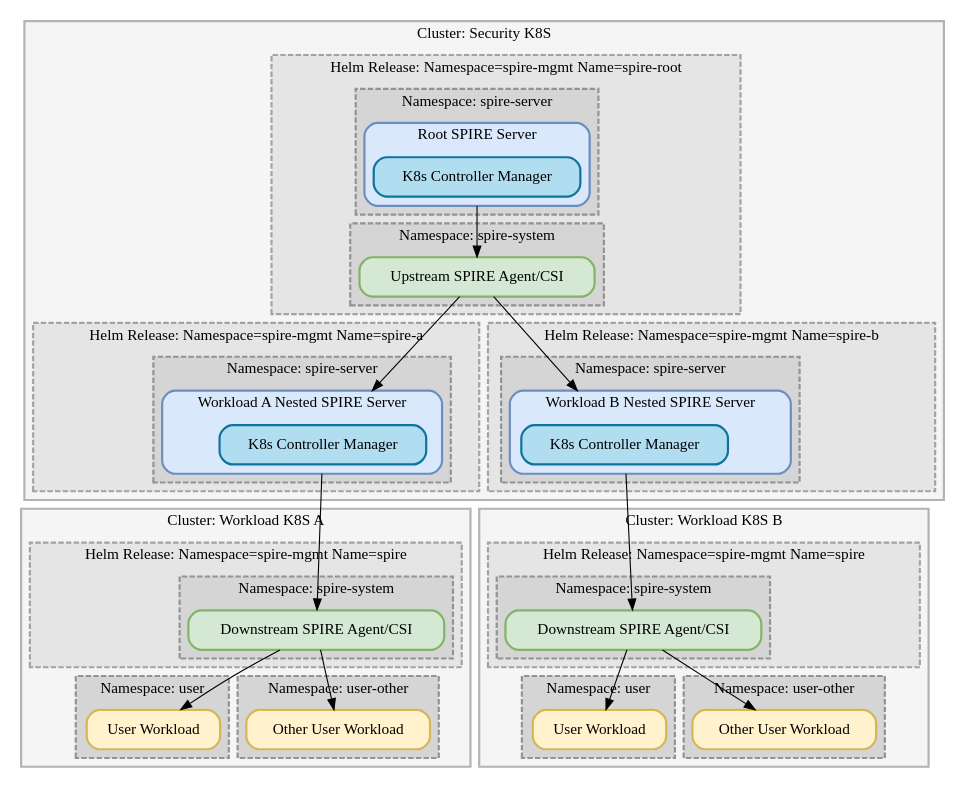
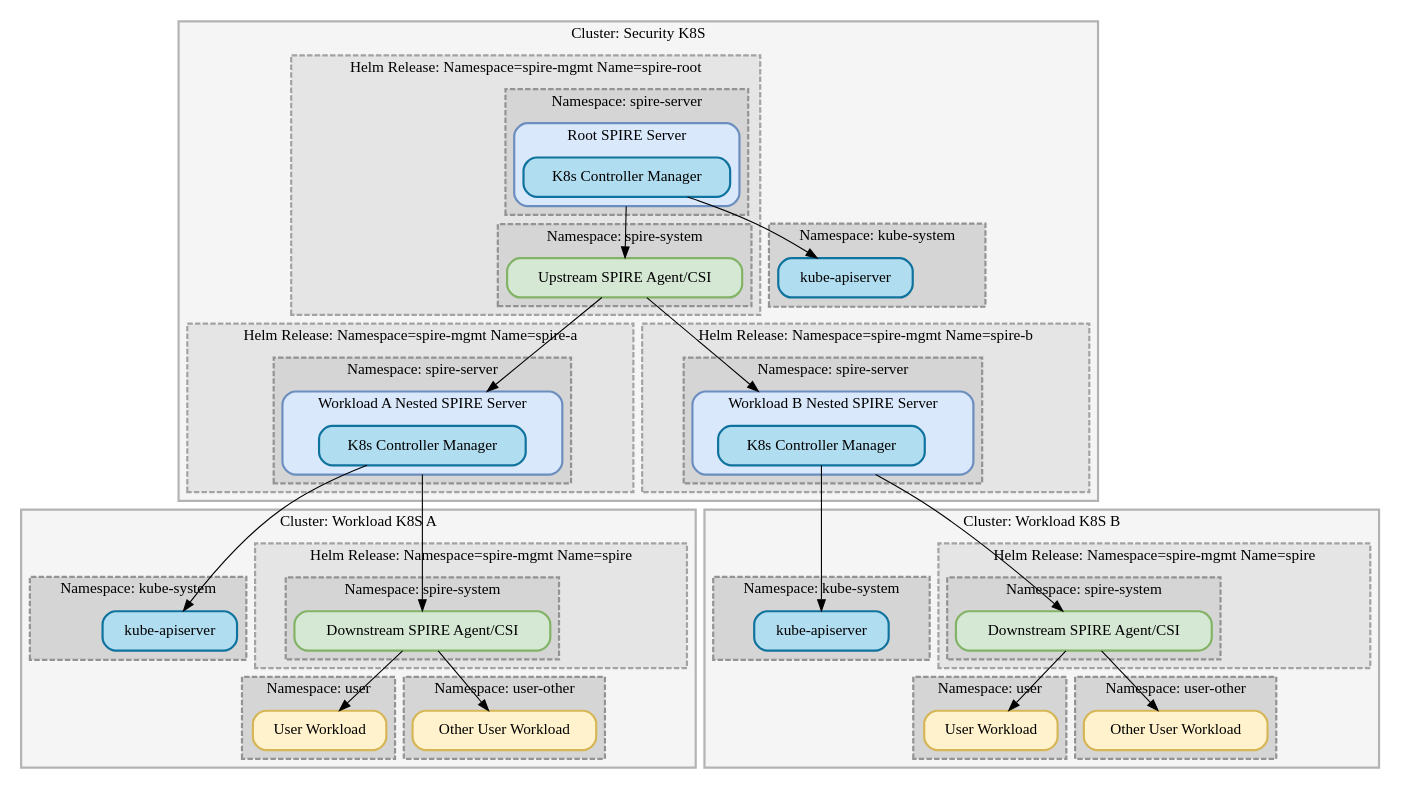
The diagram in static/img/spire-helm-charts-hardened/securitycluster.dot (spiffe/spiffe.io), drawn with Graphviz before and after one commit. The commit also changed 10 other files, not shown here.

```diff
--- a/static/img/spire-helm-charts-hardened/securitycluster.dot
+++ b/static/img/spire-helm-charts-hardened/securitycluster.dot
@@ -1,148 +1,172 @@
 digraph G {
   compound=true;
   subgraph cluster_security_k8s {
     label="Cluster: Security K8S";
     style="filled,solid,bold";
     color="#b3b3b3";
     fillcolor="#f5f5f5";
     subgraph cluster_root_release {
       label="Helm Release: Namespace=spire-mgmt Name=spire-root";
       style="filled,dashed,bold";
       color="#a3a3a3";
       fillcolor="#e5e5e5";
       subgraph cluster_ns_root_server {
         style="filled,dashed,bold";
         color="#939393";
         fillcolor="#d5d5d5";
         label="Namespace: spire-server"
         subgraph cluster_ns_root_server_obj {
           style="filled,rounded,bold";
           color="#6c8ebf";
           fillcolor="#dae8fc";
           label="Root SPIRE Server"
           spireRoot [label="K8s Controller Manager",shape="record",style="rounded,solid,filled,bold",color="#10739e",fillcolor="#b1ddf0"];
         }
       }
       subgraph cluster_ns_1_system {
         style="filled,dashed,bold";
         color="#939393";
         fillcolor="#d5d5d5";
         label="Namespace: spire-system"
         spireUpstreamAgent1 [label="Upstream SPIRE Agent/CSI",shape="box",style="rounded,solid,filled,bold",color="#82b366",fillcolor="#d5e8d4"];
       }
+    }
+    subgraph cluster_ns_root_kube_system {
+      style="filled,dashed,bold";
+      color="#939393";
+      fillcolor="#d5d5d5";
+      label="Namespace: kube-system"
+      kubeApiServerRoot [label="kube-apiserver",shape="record",style="rounded,solid,filled,bold",color="#10739e",fillcolor="#b1ddf0"];
     }
     subgraph cluster_nested1_release {
       label="Helm Release: Namespace=spire-mgmt Name=spire-a"
       style="filled,dashed,bold";
       color="#a3a3a3";
       fillcolor="#e5e5e5";
       subgraph cluster_ns_nested_server {
         style="filled,dashed,bold";
         color="#939393";
         fillcolor="#d5d5d5";
         label="Namespace: spire-server";
         subgraph cluster_ns_nested_server_obj {
           style="filled,rounded,bold";
           color="#6c8ebf";
           fillcolor="#dae8fc";
           label="Workload A Nested SPIRE Server"
           spireServerNested1 [label="K8s Controller Manager",shape="record",style="rounded,solid,filled,bold",color="#10739e",fillcolor="#b1ddf0"];
         }
       }
     }
     subgraph cluster_nested2_release {
       label="Helm Release: Namespace=spire-mgmt Name=spire-b"
       style="filled,dashed,bold";
       color="#a3a3a3";
       fillcolor="#e5e5e5";
       subgraph cluster_ns_nested2_server {
         style="filled,dashed,bold";
         color="#939393";
         fillcolor="#d5d5d5";
         label="Namespace: spire-server";
         subgraph cluster_ns_nested_server2_obj {
           style="filled,rounded,bold";
           color="#6c8ebf";
           fillcolor="#dae8fc";
           label="Workload B Nested SPIRE Server"
           spireServerNested2 [label="K8s Controller Manager",shape="record",style="rounded,solid,filled,bold",color="#10739e",fillcolor="#b1ddf0"];
         }
       }
     }
   }
   subgraph cluster_workload_a_k8s {
     label="Cluster: Workload K8S A";
     style="filled,solid,bold";
     color="#b3b3b3";
     fillcolor="#f5f5f5";
     subgraph cluster_workload_release {
       label="Helm Release: Namespace=spire-mgmt Name=spire"
       style="filled,dashed,bold";
       color="#a3a3a3";
       fillcolor="#e5e5e5";
       subgraph cluster_ns_nested_system {
         style="filled,dashed,bold";
         color="#939393";
         fillcolor="#d5d5d5";
         label="Namespace: spire-system";
         spireDownstreamAgent1 [label="Downstream SPIRE Agent/CSI",shape="box",style="rounded,solid,filled,bold",color="#82b366",fillcolor="#d5e8d4"];
       }
     }
     subgraph cluster_ns_nested5_system {
       style="filled,dashed,bold";
       color="#939393";
       fillcolor="#d5d5d5";
       label="Namespace: user";
       userWorkload1 [label="User Workload",shape="box",style="rounded,solid,filled,bold",color="#d6b656",fillcolor="#fff2cc"];
     }
     subgraph cluster_ns_nested2_system {
       style="filled,dashed,bold";
       color="#939393";
       fillcolor="#d5d5d5";
       label="Namespace: user-other";
       userWorkload2 [label="Other User Workload",shape="box",style="rounded,solid,filled,bold",color="#d6b656",fillcolor="#fff2cc"];
     }
+    subgraph cluster_ns_nested1_kube_system {
+      style="filled,dashed,bold";
+      color="#939393";
+      fillcolor="#d5d5d5";
+      label="Namespace: kube-system"
+      kubeApiServerNested1 [label="kube-apiserver",shape="record",style="rounded,solid,filled,bold",color="#10739e",fillcolor="#b1ddf0"];
+    }
   }
   subgraph cluster_workload_b_k8s {
     label="Cluster: Workload K8S B";
     style="filled,solid,bold";
     color="#b3b3b3";
     fillcolor="#f5f5f5";
     subgraph cluster_workload_b_release {
       label="Helm Release: Namespace=spire-mgmt Name=spire"
       style="filled,dashed,bold";
       color="#a3a3a3";
       fillcolor="#e5e5e5";
       subgraph cluster_ns_nested_b_system {
         style="filled,dashed,bold";
         color="#939393";
         fillcolor="#d5d5d5";
         label="Namespace: spire-system";
         spireDownstreamAgent2 [label="Downstream SPIRE Agent/CSI",shape="box",style="rounded,solid,filled,bold",color="#82b366",fillcolor="#d5e8d4"];
       }
     }
     subgraph cluster_ns_nested3_system {
       style="filled,dashed,bold";
       color="#939393";
       fillcolor="#d5d5d5";
       label="Namespace: user";
       userWorkload3 [label="User Workload",shape="box",style="rounded,solid,filled,bold",color="#d6b656",fillcolor="#fff2cc"];
     }
     subgraph cluster_ns_nested4_system {
       style="filled,dashed,bold";
       color="#939393";
       fillcolor="#d5d5d5";
       label="Namespace: user-other";
       userWorkload4 [label="Other User Workload",shape="box",style="rounded,solid,filled,bold",color="#d6b656",fillcolor="#fff2cc"];
     }
-    spireRoot -> spireUpstreamAgent1 [ltail=cluster_ns_root_server_obj];
-    spireUpstreamAgent1 -> spireServerNested1 [lhead=cluster_ns_nested_server_obj];
-    spireServerNested1 -> spireDownstreamAgent1 [ltail=cluster_ns_nested_server_obj];
-    spireDownstreamAgent1 -> userWorkload1;
-    spireDownstreamAgent1 -> userWorkload2;
-    spireUpstreamAgent1 -> spireServerNested2 [lhead=cluster_ns_nested_server2_obj];
-    spireServerNested2 -> spireDownstreamAgent2 [ltail=cluster_ns_nested_server2_obj];
-    spireDownstreamAgent2 -> userWorkload3;
-    spireDownstreamAgent2 -> userWorkload4;
+    subgraph cluster_ns_nested2_kube_system {
+      style="filled,dashed,bold";
+      color="#939393";
+      fillcolor="#d5d5d5";
+      label="Namespace: kube-system"
+      kubeApiServerNested2 [label="kube-apiserver",shape="record",style="rounded,solid,filled,bold",color="#10739e",fillcolor="#b1ddf0"];
+    }
   }
+  spireRoot -> kubeApiServerRoot;
+  spireServerNested1 -> kubeApiServerNested1;
+  spireServerNested2 -> kubeApiServerNested2;
+  spireRoot -> spireUpstreamAgent1 [ltail=cluster_ns_root_server_obj];
+  spireUpstreamAgent1 -> spireServerNested1 [lhead=cluster_ns_nested_server_obj];
+  spireServerNested1 -> spireDownstreamAgent1 [ltail=cluster_ns_nested_server_obj];
+  spireDownstreamAgent1 -> userWorkload1;
+  spireDownstreamAgent1 -> userWorkload2;
+  spireUpstreamAgent1 -> spireServerNested2 [lhead=cluster_ns_nested_server2_obj];
+  spireServerNested2 -> spireDownstreamAgent2 [ltail=cluster_ns_nested_server2_obj];
+  spireDownstreamAgent2 -> userWorkload3;
+  spireDownstreamAgent2 -> userWorkload4;
 }
```
